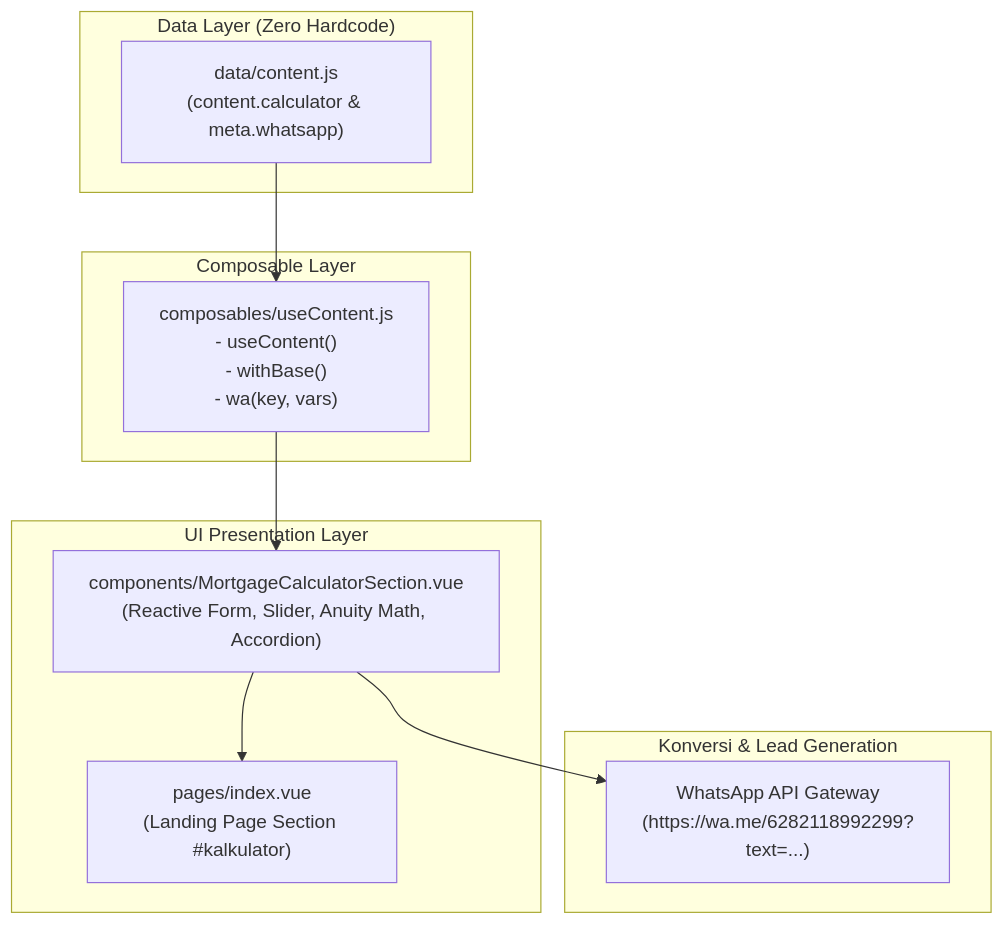
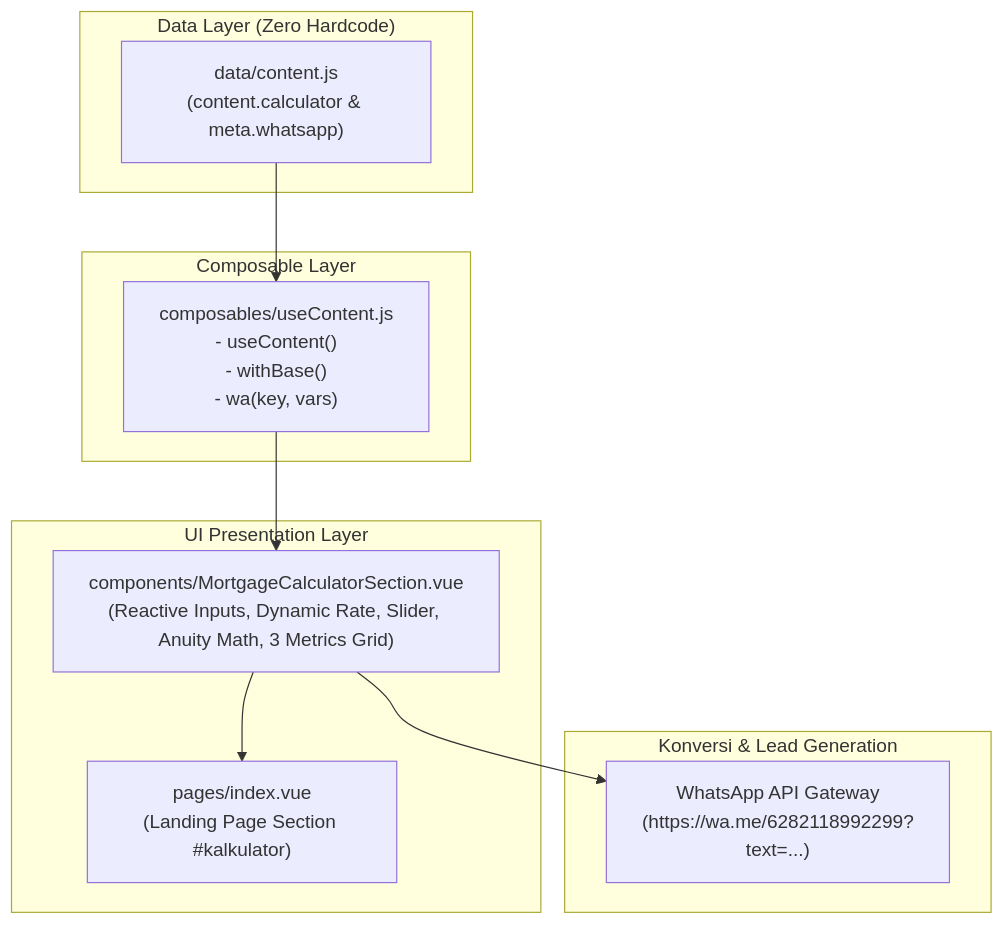
One commit to it126sig-hash/landing-page-sipar changed the diagram in docs/superpowers/specs/2026-11-11-kalkulator-cicilan-anuitas.md. Above: the diagram before and after it, drawn with Mermaid. The commit also changed other lines of this file and 6 other files, not shown here.

````diff
--- a/docs/superpowers/specs/2026-11-11-kalkulator-cicilan-anuitas.md
+++ b/docs/superpowers/specs/2026-11-11-kalkulator-cicilan-anuitas.md
@@ -36,19 +63,19 @@
 ```mermaid
 flowchart TD
     subgraph ContentLayer["Data Layer (Zero Hardcode)"]
         A["data/content.js\n(content.calculator & meta.whatsapp)"]
     end
 
     subgraph ComposableLayer["Composable Layer"]
         A --> B["composables/useContent.js\n- useContent()\n- withBase()\n- wa(key, vars)"]
     end
 
     subgraph ComponentLayer["UI Presentation Layer"]
-        B --> C["components/MortgageCalculatorSection.vue\n(Reactive Form, Slider, Anuity Math, Accordion)"]
+        B --> C["components/MortgageCalculatorSection.vue\n(Reactive Inputs, Dynamic Rate, Slider, Anuity Math, 3 Metrics Grid)"]
         C --> D["pages/index.vue\n(Landing Page Section #kalkulator)"]
     end
 
     subgraph ExternalOutput["Konversi & Lead Generation"]
         C --> E["WhatsApp API Gateway\n(https://wa.me/6282118992299?text=...)"]
     end
 ```
````
